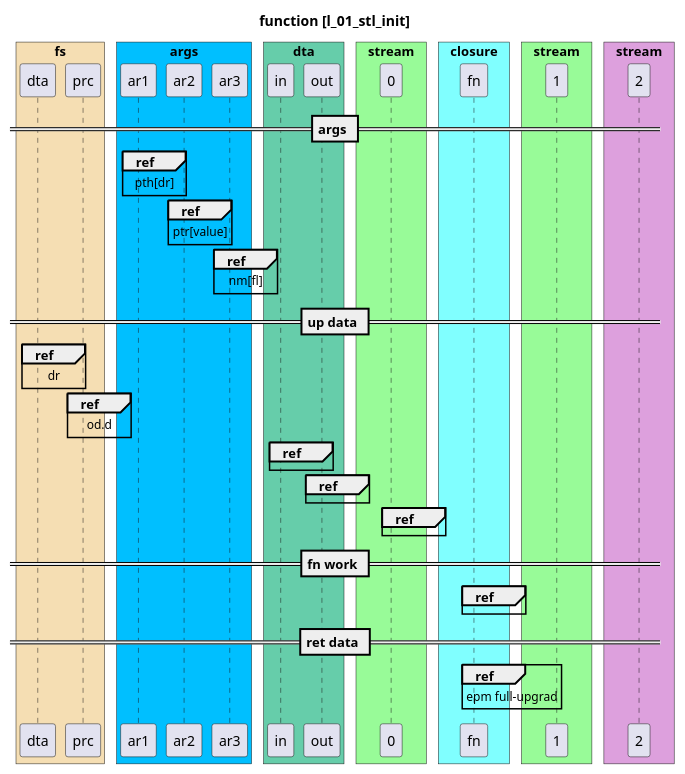
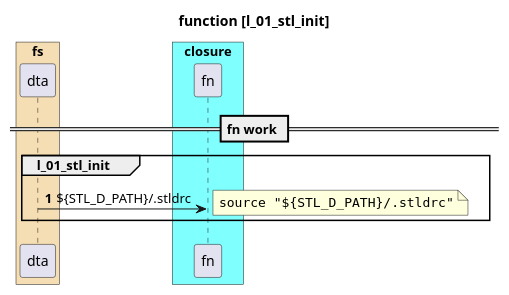
The diagram in .d/.stl.d/prc.d/boot_stl_fn.d/__pml/l_01_stl_init/l_01_stl_init.abs.puml (legioner9/stl), drawn with PlantUML before and after one commit. The commit also changed 13 other files, not shown here.

```diff
--- a/.d/.stl.d/prc.d/boot_stl_fn.d/__pml/l_01_stl_init/l_01_stl_init.abs.puml
+++ b/.d/.stl.d/prc.d/boot_stl_fn.d/__pml/l_01_stl_init/l_01_stl_init.abs.puml
@@ -1,98 +1,105 @@
 @startuml
 !pragma teoz true
 ' F19CBB
 ' A8E4A0
 ' FAE7B5
 ' FAE7B5
 ' Серебряный	Silver	#c0c0c0
 ' Лососевый	Salmon	#fa8072
 ' Пшеничный	Wheat	#f5deb3
 ' Светлый сомон	LightSalmon	#ffa07a
 ' Бледный зелёный	PaleGreen	#98fb98
 ' Оливковый	Olive	#808000
 ' Умеренный аквамариновый	MediumAquamarine	#66cdaa
 ' Циан,цвет морской волны	Cyan,Aqua	#00ffff
 ' Светлый стальной синий	LightSteelBlue	#b0c4de
 ' Морозное небо	DeepSkyBlue	#00bfff
 ' Светлая слива	Plum	#dda0dd
 ' Розовый	Pink	#ffc0cb
 ' scale 1000*500
 
 title function [l_01_stl_init]
 autonumber 
 box "fs" #f5deb3
 participant dta 
-participant prc 
+' participant prc 
 end box
 box "args" #00bfff
-participant ar1 
-participant ar2 
-participant ar3 
+' participant ar1 
+' participant ar2 
+' participant ar3 
 
 end box
-box "dta" #66cdaa
-participant in 
-participant out 
-end box
-box "stream" #98fb98
-participant "0" 
-end box
+' box "dta" #66cdaa
+' participant in 
+' participant out 
+' end box
+' box "stream" #98fb98
+' participant "0" 
+' end box
 box "closure" #80ffff
 participant fn 
 end box
-box "stream" #98fb98
-participant 1 
-end box
-box "stream" #dda0dd
-participant 2 
-end box
-== args == 
+' box "stream" #98fb98
+' participant 1 
+' end box
+' box "stream" #dda0dd
+' participant 2 
+' end box
+' == args == 
 
-ref over ar1 
-pth[dr]
-end ref
+' ref over ar1 
+' pth[dr]
+' end ref
 
-ref over ar2
-ptr[value]
-end ref
+' ref over ar2
+' ptr[value]
+' end ref
 
-ref over ar3
-nm[fl]
-end ref
-== up data ==
-ref over dta
-dr
-end ref
+' ref over ar3
+' nm[fl]
+' end ref
+' == up data ==
+' ref over dta
+' ${STL_D_PATH}/.stldrc
+' end ref
 
-ref over prc
-od.d
-end ref
+' ref over prc
+' od.d
+' end ref
 
-ref over in 
-end ref
+' ref over in 
+' end ref
 
-ref over out
-end ref
+' ref over out
+' end ref
 
-ref over 0
-end ref
+' ref over 0
+' end ref
 == fn work ==
-ref over fn
-end ref
-
+group l_01_stl_init
+' ref over fn
+' end ref
+dta -> fn : ${STL_D_PATH}/.stldrc 
+        note right
+        <code>
+        source "${STL_D_PATH}/.stldrc"
+        </code>
+        end note
+end
 
 
 
 ' note right
 ' <code>
 ' for read
 ' </code>
 ' end note
 
-== ret data ==
-ref over fn
-epm full-upgrad
-end ref
+' == ret data ==
+' ref over fn
+' epm full-upgrad
+' end ref
 
 
 @enduml
```
